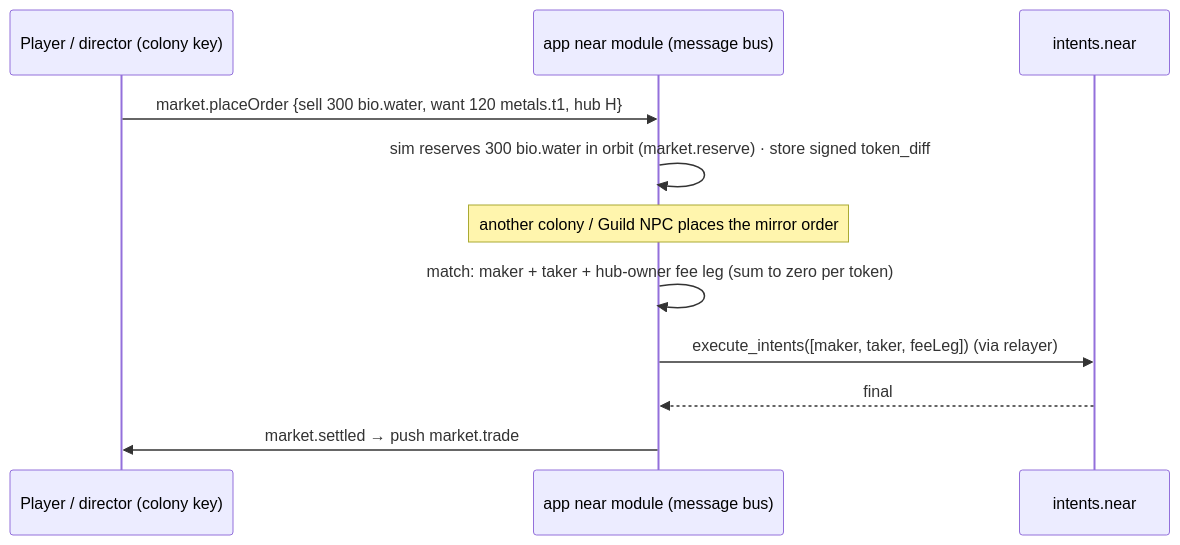
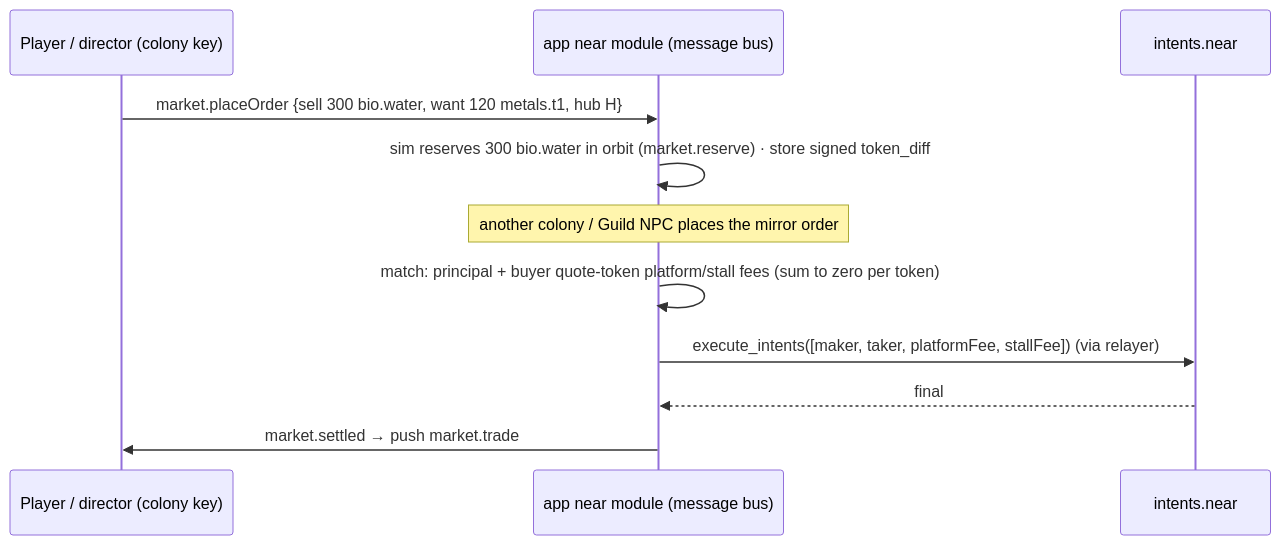
One commit to recferret-bit/terraagent changed the second of 2 diagrams in docs/spec/NEAR.md. Above: the diagram before and after it, drawn with Mermaid. The commit also changed other lines of this file and 25 other files, not shown here.

````diff
--- a/docs/spec/NEAR.md
+++ b/docs/spec/NEAR.md
@@ -126,13 +128,13 @@
 ```mermaid
 sequenceDiagram
   participant P as Player / director (colony key)
   participant A as app near module (message bus)
   participant I as intents.near
   P->>A: market.placeOrder {sell 300 bio.water, want 120 metals.t1, hub H}
   A->>A: sim reserves 300 bio.water in orbit (market.reserve) · store signed token_diff
   Note over A: another colony / Guild NPC places the mirror order
-  A->>A: match: maker + taker + hub-owner fee leg (sum to zero per token)
-  A->>I: execute_intents([maker, taker, feeLeg])  (via relayer)
+  A->>A: match: principal + buyer quote-token platform/stall fees (sum to zero per token)
+  A->>I: execute_intents([maker, taker, platformFee, stallFee])  (via relayer)
   I-->>A: final
   A->>P: market.settled → push market.trade
 ```
````
